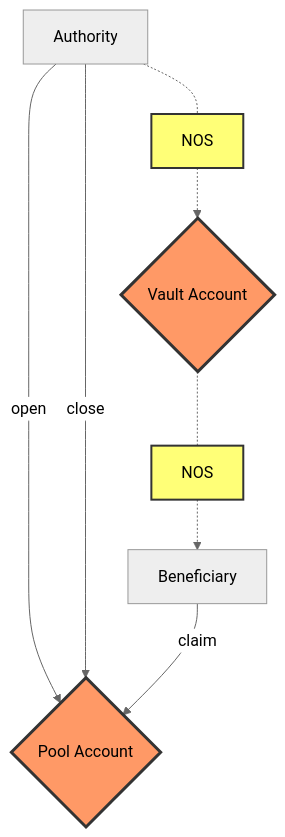
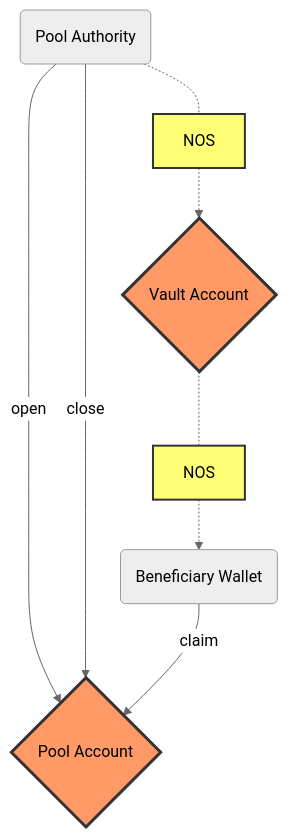
Before and after one commit to nosana-ci/docs.nosana.io: the diagram in docs/programs/pools.md, drawn with Mermaid (neutral theme). The commit also changed other lines of this file and 3 other files, not shown here.

Commit message:
update diagrams

````diff
--- a/docs/programs/pools.md
+++ b/docs/programs/pools.md
@@ -266,15 +266,24 @@
 ```mermaid
 flowchart TB
-    Authority -- open --> di1{Pool Account}
-    Authority -- close --> di1{Pool Account}
+    authority -- open --> pool
+    authority -- close --> pool
 
-    Beneficiary -- claim --> di1{Pool Account}
+    beneficiary -- claim --> pool
 
-    Authority -.- sq1[NOS] -.->di2{Vault Account} -.- sq2[NOS] -.-> Beneficiary
+    authority -.- nos1 -.-> vault -.- nos2 -.-> beneficiary
+
+    authority(Pool Authority)
+    beneficiary(Beneficiary Wallet)
+
+    pool{Pool Account}
+    vault{Vault Account}
+
+    nos1[NOS]
+    nos2[NOS]
 
     classDef orange fill:#f96,stroke:#333,stroke-width:3px;
     classDef yellow fill:#ff7,stroke:#333,stroke-width:2px;
 
-    class di1,di2 orange
-    class sq1,sq2 yellow
+    class pool,vault orange
+    class nos1,nos2 yellow
 ```
````
